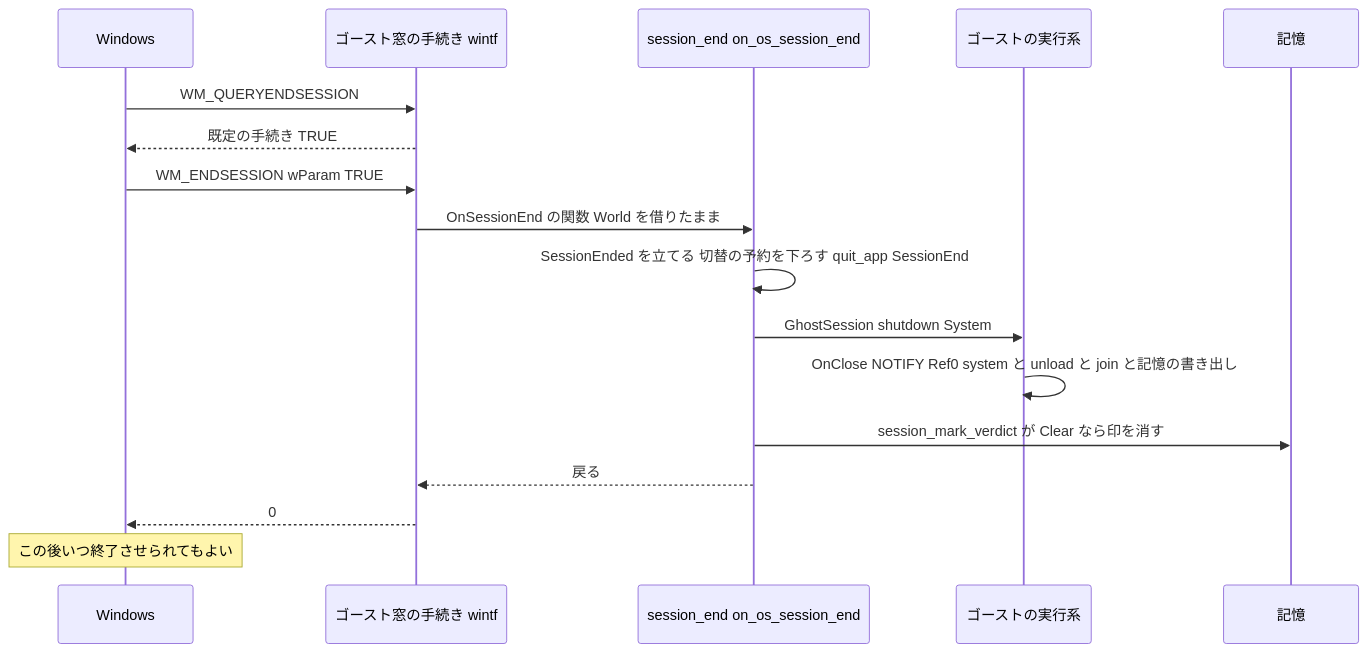
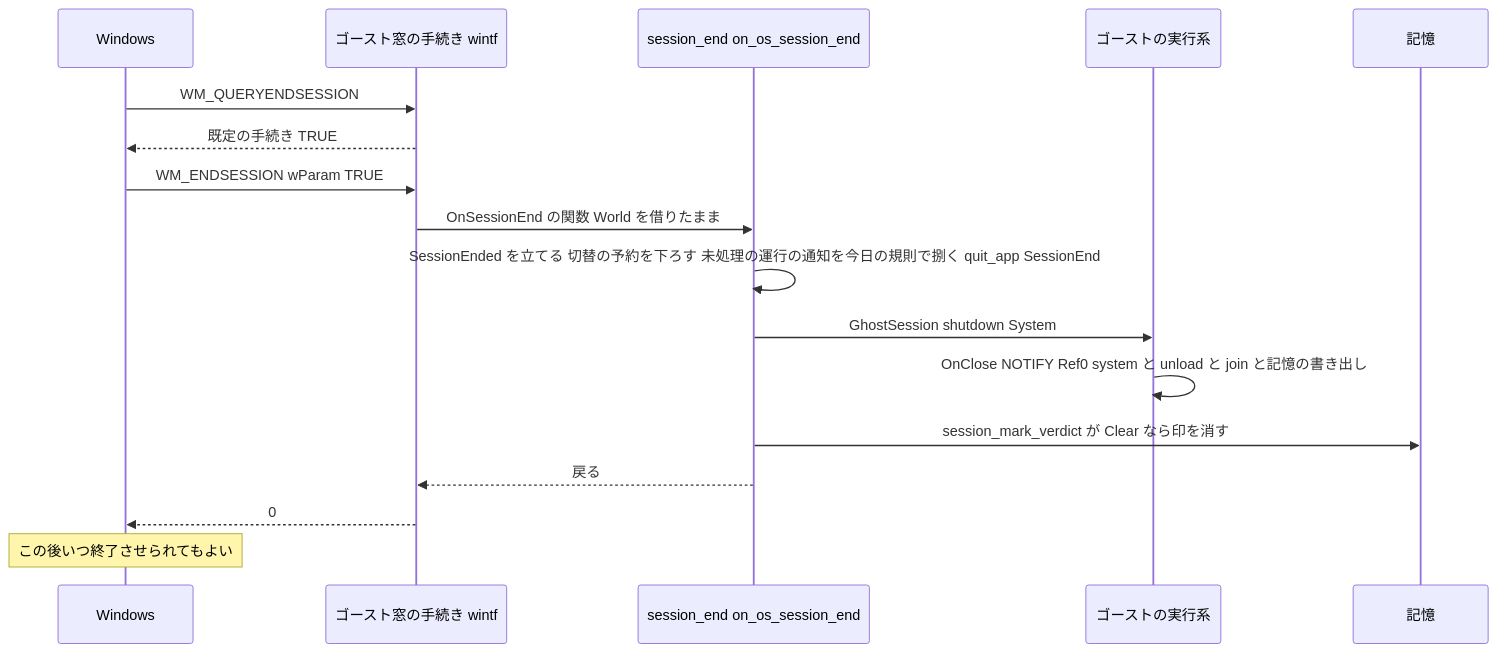
One commit to ekicyou/areka changed the seventh of 7 diagrams in .kiro/specs/areka-P0-ghost-shell-balloon-switch/design.md. Above: the diagram before and after it, drawn with Mermaid. The commit also changed other lines of this file and 3 other files, not shown here.

````diff
--- a/.kiro/specs/areka-P0-ghost-shell-balloon-switch/design.md
+++ b/.kiro/specs/areka-P0-ghost-shell-balloon-switch/design.md
@@ -378,19 +380,19 @@
 ```mermaid
 sequenceDiagram
     participant OS as Windows
     participant W as ゴースト窓の手続き wintf
     participant SE as session_end on_os_session_end
     participant G as ゴーストの実行系
     participant FS as 記憶
     OS->>W: WM_QUERYENDSESSION
     W-->>OS: 既定の手続き TRUE
     OS->>W: WM_ENDSESSION wParam TRUE
     W->>SE: OnSessionEnd の関数 World を借りたまま
-    SE->>SE: SessionEnded を立てる 切替の予約を下ろす quit_app SessionEnd
+    SE->>SE: SessionEnded を立てる 切替の予約を下ろす 未処理の運行の通知を今日の規則で捌く quit_app SessionEnd
     SE->>G: GhostSession shutdown System
     G->>G: OnClose NOTIFY Ref0 system と unload と join と記憶の書き出し
     SE->>FS: session_mark_verdict が Clear なら印を消す
     SE-->>W: 戻る
     W-->>OS: 0
     Note over OS: この後いつ終了させられてもよい
 ```
````
